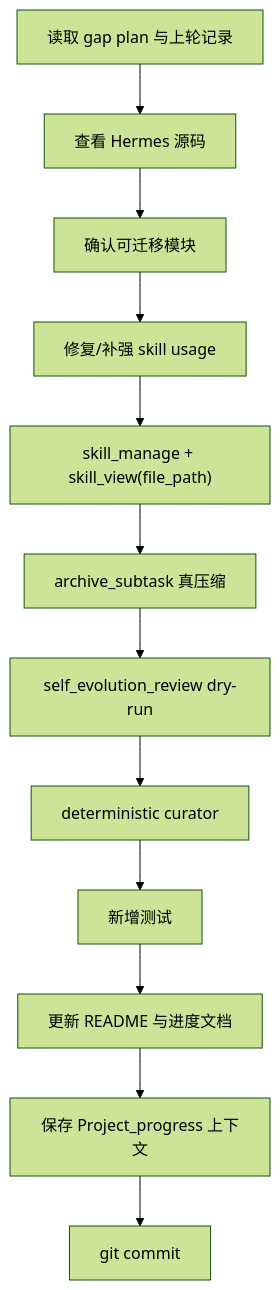
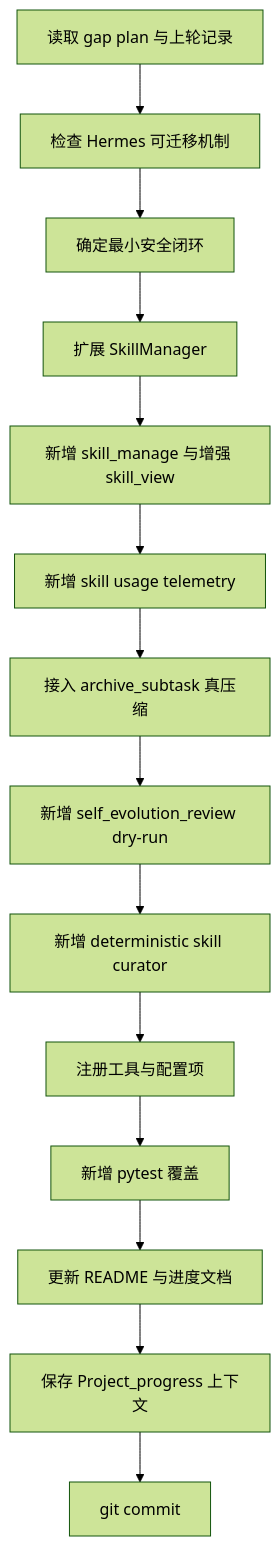
One commit to littlefishshow/R-Agent changed the first of 3 diagrams in outputs/hermes_self_evolution_upgrade_progress_2026-06-25.md. Above: the diagram before and after it, drawn with Mermaid (forest theme). The commit also changed other lines of this file, not shown here.

Commit message:
docs: expand Hermes maintenance progress details

````diff
--- a/outputs/hermes_self_evolution_upgrade_progress_2026-06-25.md
+++ b/outputs/hermes_self_evolution_upgrade_progress_2026-06-25.md
@@ -11,14 +18,16 @@
 ```mermaid
 flowchart TD
-    A["读取 gap plan 与上轮记录"] --> B["查看 Hermes 源码"]
-    B --> C["确认可迁移模块"]
-    C --> D["修复/补强 skill usage"]
-    D --> E["skill_manage + skill_view(file_path)"]
-    E --> F["archive_subtask 真压缩"]
-    F --> G["self_evolution_review dry-run"]
-    G --> H["deterministic curator"]
-    H --> I["新增测试"]
-    I --> J["更新 README 与进度文档"]
-    J --> K["保存 Project_progress 上下文"]
-    K --> L["git commit"]
+    A["读取 gap plan 与上轮记录"] --> B["检查 Hermes 可迁移机制"]
+    B --> C["确定最小安全闭环"]
+    C --> D["扩展 SkillManager"]
+    D --> E["新增 skill_manage 与增强 skill_view"]
+    E --> F["新增 skill usage telemetry"]
+    F --> G["接入 archive_subtask 真压缩"]
+    G --> H["新增 self_evolution_review dry-run"]
+    H --> I["新增 deterministic skill curator"]
+    I --> J["注册工具与配置项"]
+    J --> K["新增 pytest 覆盖"]
+    K --> L["更新 README 与进度文档"]
+    L --> M["保存 Project_progress 上下文"]
+    M --> N["git commit"]
 ```
````
